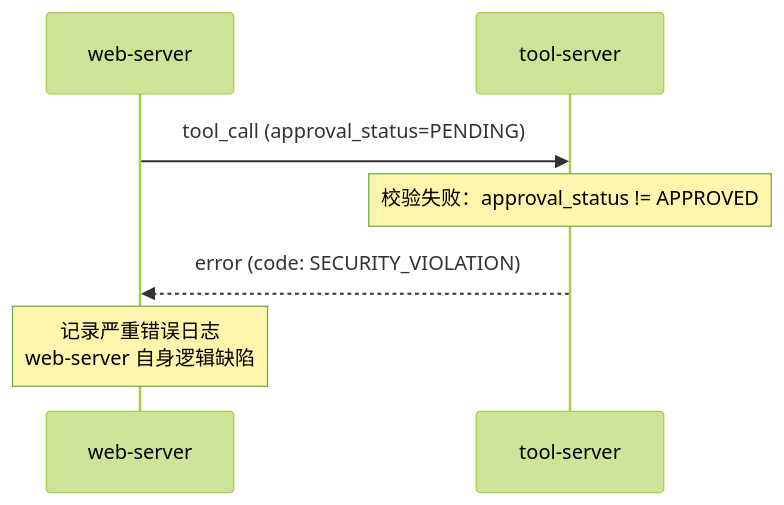
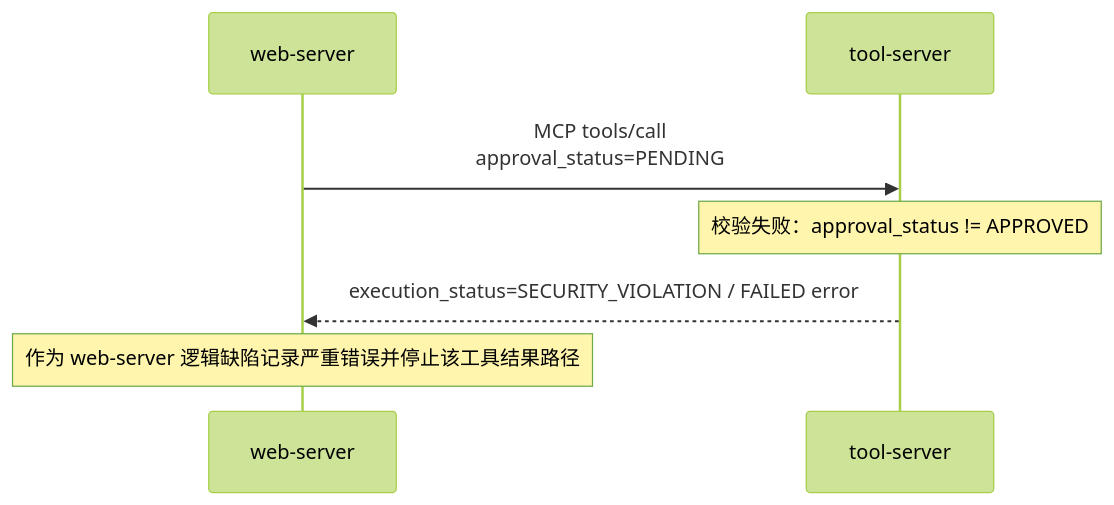
The third of 4 diagrams in docs/详细设计.md (nazzeDe/alascup-agent), drawn with Mermaid (forest theme) before and after one commit. The commit also changed other lines of this file and 21 other files, not shown here.

````diff
--- a/docs/详细设计.md
+++ b/docs/详细设计.md
@@ -89,10 +75,10 @@
 ```mermaid
 sequenceDiagram
     participant web as web-server
     participant tool as tool-server
 
-    web->>tool: tool_call (approval_status=PENDING)
+    web->>tool: MCP tools/call<br/>approval_status=PENDING
     Note over tool: 校验失败：approval_status != APPROVED
-    tool-->>web: error (code: SECURITY_VIOLATION)
-    Note over web: 记录严重错误日志<br/>web-server 自身逻辑缺陷
+    tool-->>web: execution_status=SECURITY_VIOLATION / FAILED error
+    Note over web: 作为 web-server 逻辑缺陷记录严重错误并停止该工具结果路径
 ```
````
